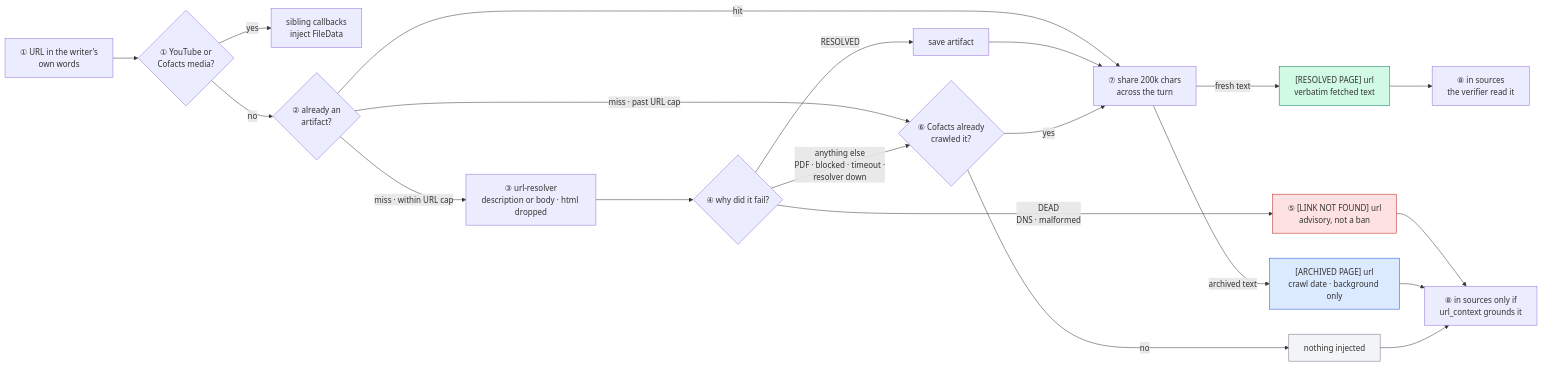
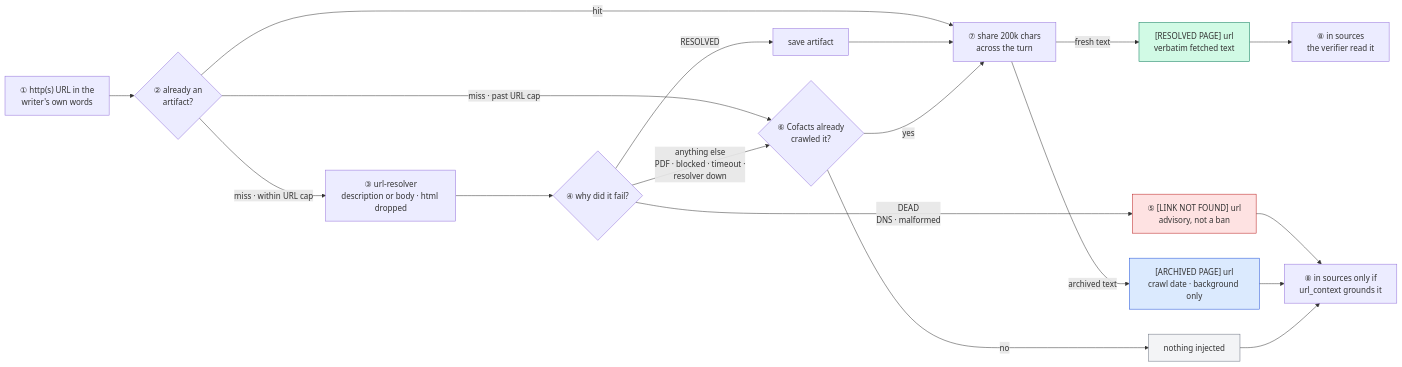
The second of 2 diagrams in docs/decisions/20260722-url-resolver-verifier-prefetch.md (cofacts/ai), drawn with Mermaid before and after one commit. The commit also changed other lines of this file and 4 other files, not shown here.

First line of the commit message:
feat(verifier): pre-fetch YouTube URLs through url-resolver

````diff
--- a/docs/decisions/20260722-url-resolver-verifier-prefetch.md
+++ b/docs/decisions/20260722-url-resolver-verifier-prefetch.md
@@ -147,28 +147,26 @@
 ```mermaid
 flowchart LR
-    U["① URL in the writer's<br/>own words"] --> X{"① YouTube or<br/>Cofacts media?"}
-    X -->|"yes"| SIB["sibling callbacks<br/>inject FileData"]
-    X -->|"no"| C{"② already an<br/>artifact?"}
+    U["① http(s) URL in the<br/>writer's own words"] --> C{"② already an<br/>artifact?"}
     C -->|"miss · within URL cap"| R["③ url-resolver<br/>description or body · html dropped"]
     C -->|"miss · past URL cap"| A
     R --> S{"④ why did it fail?"}
     S -->|"RESOLVED"| SV["save artifact"]
     S -->|"DEAD<br/>DNS · malformed"| O2["⑤ [LINK NOT FOUND] url<br/>advisory, not a ban"]
     S -->|"anything else<br/>PDF · blocked · timeout ·<br/>resolver down"| A{"⑥ Cofacts already<br/>crawled it?"}
     A -->|"no"| O4["nothing injected"]
     C -->|"hit"| B
     SV --> B["⑦ share 200k chars<br/>across the turn"]
     A -->|"yes"| B
     B -->|"fresh text"| O1["[RESOLVED PAGE] url<br/>verbatim fetched text"]
     B -->|"archived text"| O5["[ARCHIVED PAGE] url<br/>crawl date · background only"]
 
     O1 --> S1["⑧ in sources<br/>the verifier read it"]
     O2 --> S3["⑧ in sources only if<br/>url_context grounds it"]
     O5 --> S3
     O4 --> S3
 
     style O1 fill:#d1fae5,stroke:#047857
     style O2 fill:#fee2e2,stroke:#b91c1c
     style O5 fill:#dbeafe,stroke:#1d4ed8
     style O4 fill:#f3f4f6,stroke:#6b7280
 ```
````
